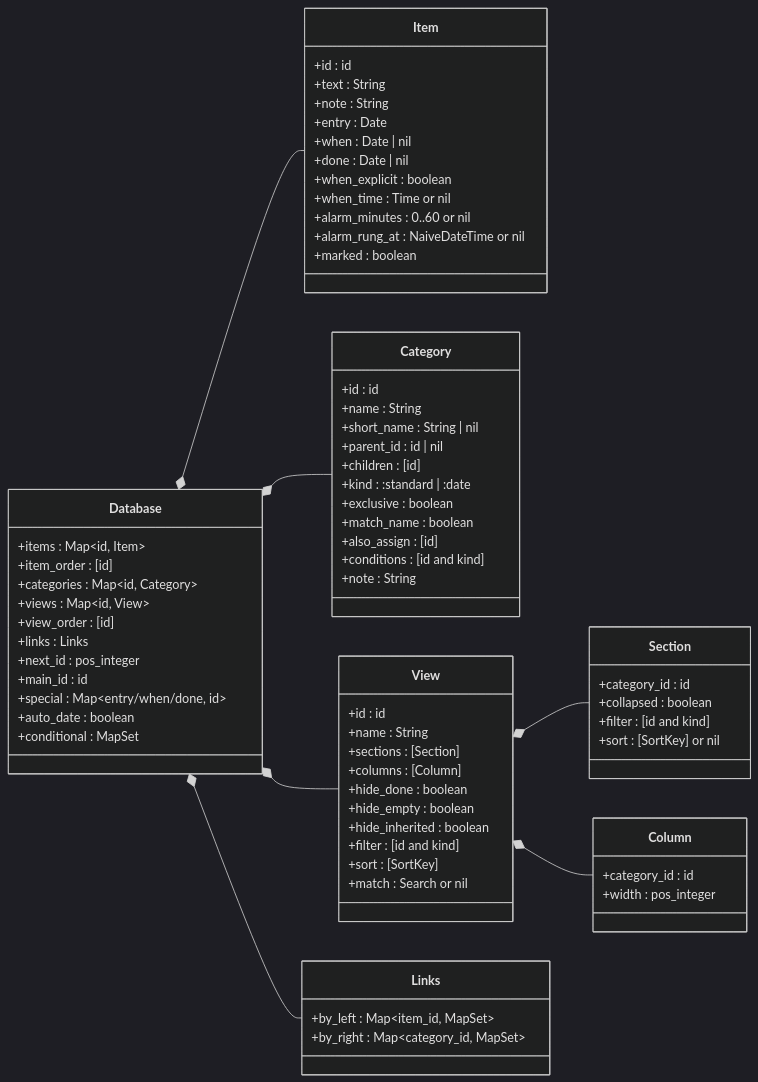
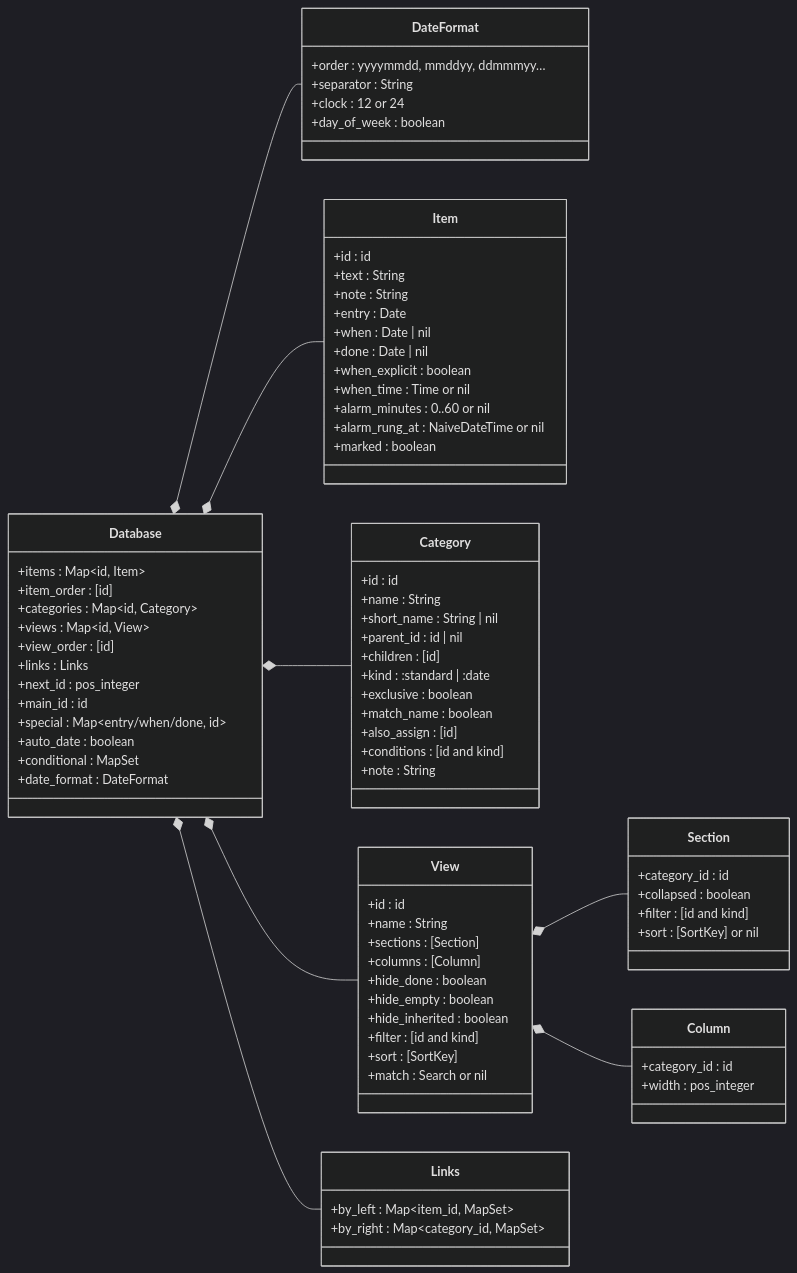
Before and after one commit to jamting/agendum: the second of 6 diagrams in docs/DATA_MODEL.md, drawn with Mermaid (dark theme). The commit also changed other lines of this file and 18 other files, not shown here.

First line of the commit message:
Add a date display format setting (R41)

````diff
--- a/docs/DATA_MODEL.md
+++ b/docs/DATA_MODEL.md
@@ -105,6 +106,13 @@
         +special : Map~entry/when/done, id~
         +auto_date : boolean
         +conditional : MapSet
+        +date_format : DateFormat
+    }
+    class DateFormat {
+        +order : yyyymmdd, mmddyy, ddmmmyy…
+        +separator : String
+        +clock : 12 or 24
+        +day_of_week : boolean
     }
     class Item {
         +id : id
@@ -162,6 +170,7 @@
     Database *-- Category
     Database *-- View
     Database *-- Links
+    Database *-- DateFormat
     View *-- Section
     View *-- Column
 ```
````
